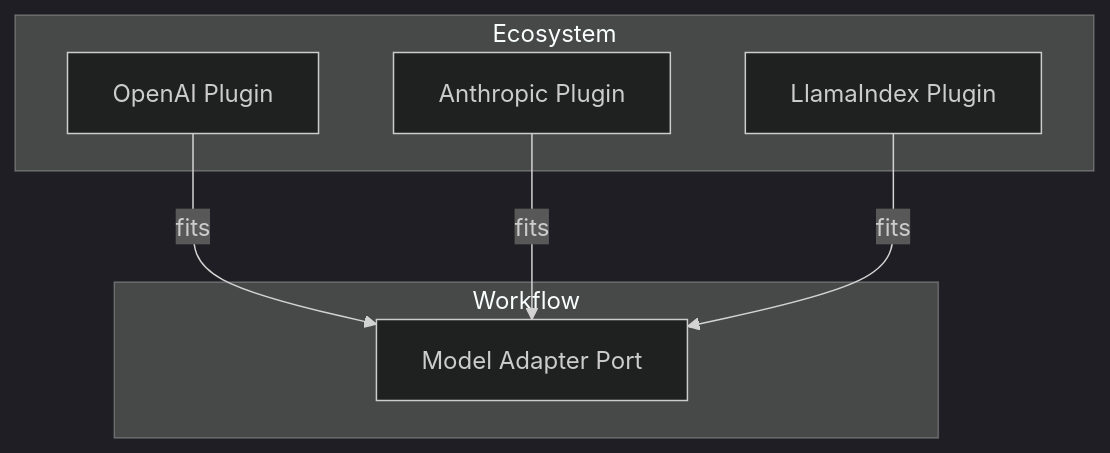
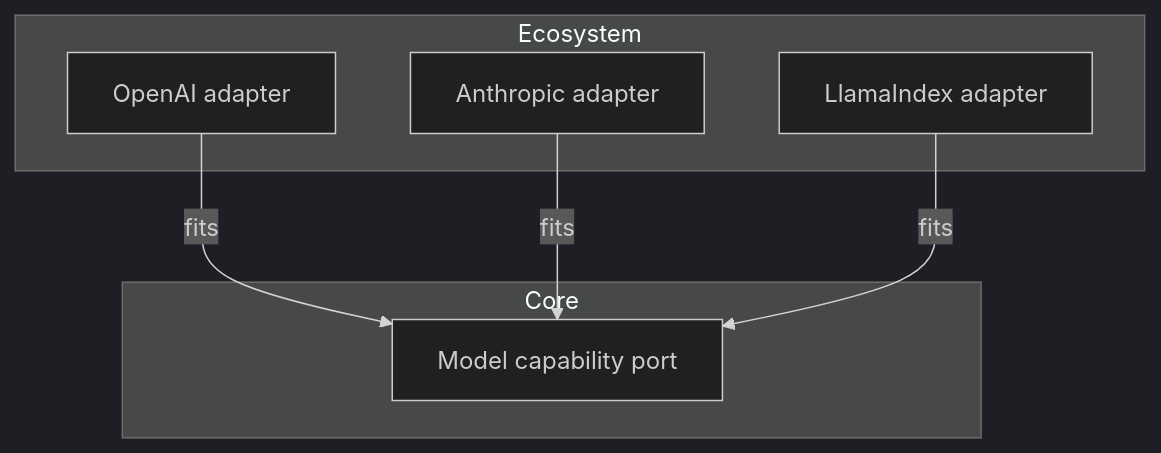
Before and after one commit to theGeekist/llm-core: the second of 2 diagrams in docs/guide/core-concepts.md, drawn with Mermaid (dark theme). The commit also changed other lines of this file and 7 other files, not shown here.

````diff
--- a/docs/guide/core-concepts.md
+++ b/docs/guide/core-concepts.md
@@ -63,16 +64,16 @@
 ```mermaid
 graph TD
-    subgraph Workflow
-    A[Model Adapter Port]
+    subgraph Core
+    A[Model capability port]
     end
 
     subgraph Ecosystem
-    O[OpenAI Plugin]
-    N[Anthropic Plugin]
-    L[LlamaIndex Plugin]
+    O[OpenAI adapter]
+    N[Anthropic adapter]
+    L[LlamaIndex adapter]
     end
 
     O -- fits --> A
     N -- fits --> A
     L -- fits --> A
 ```
````
